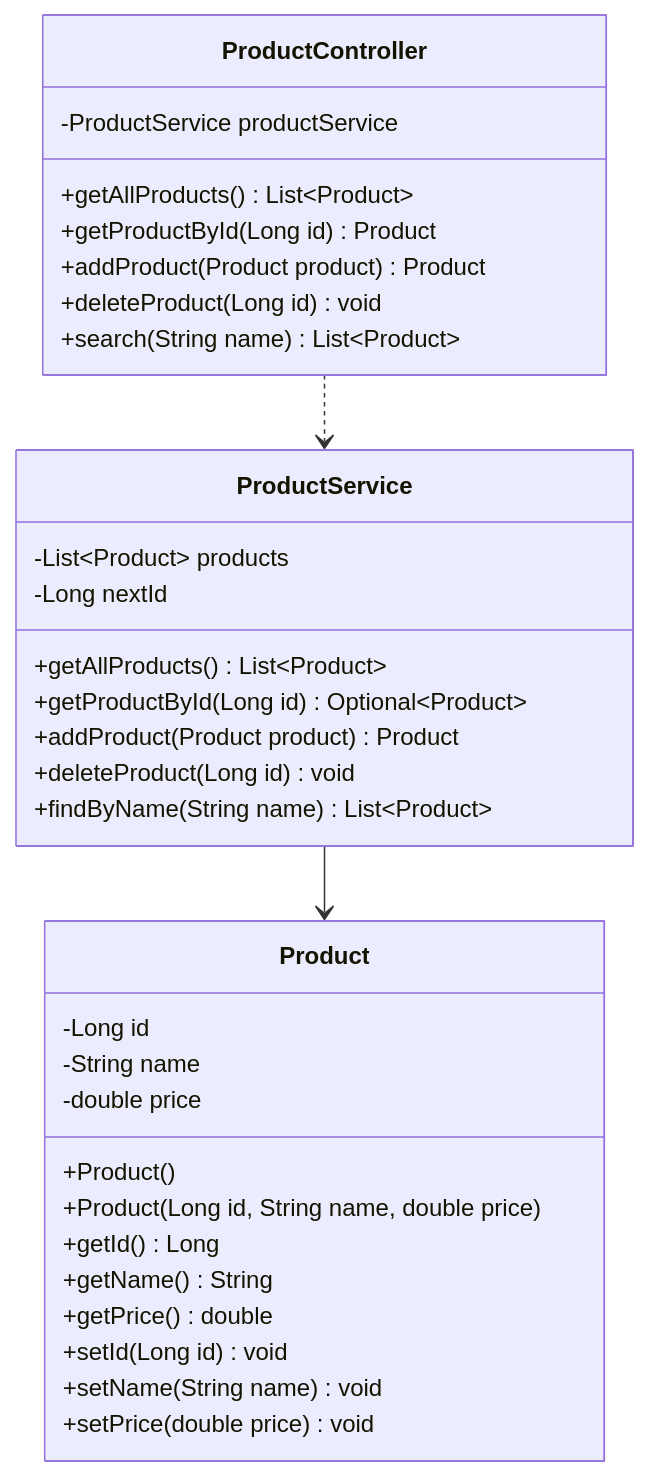
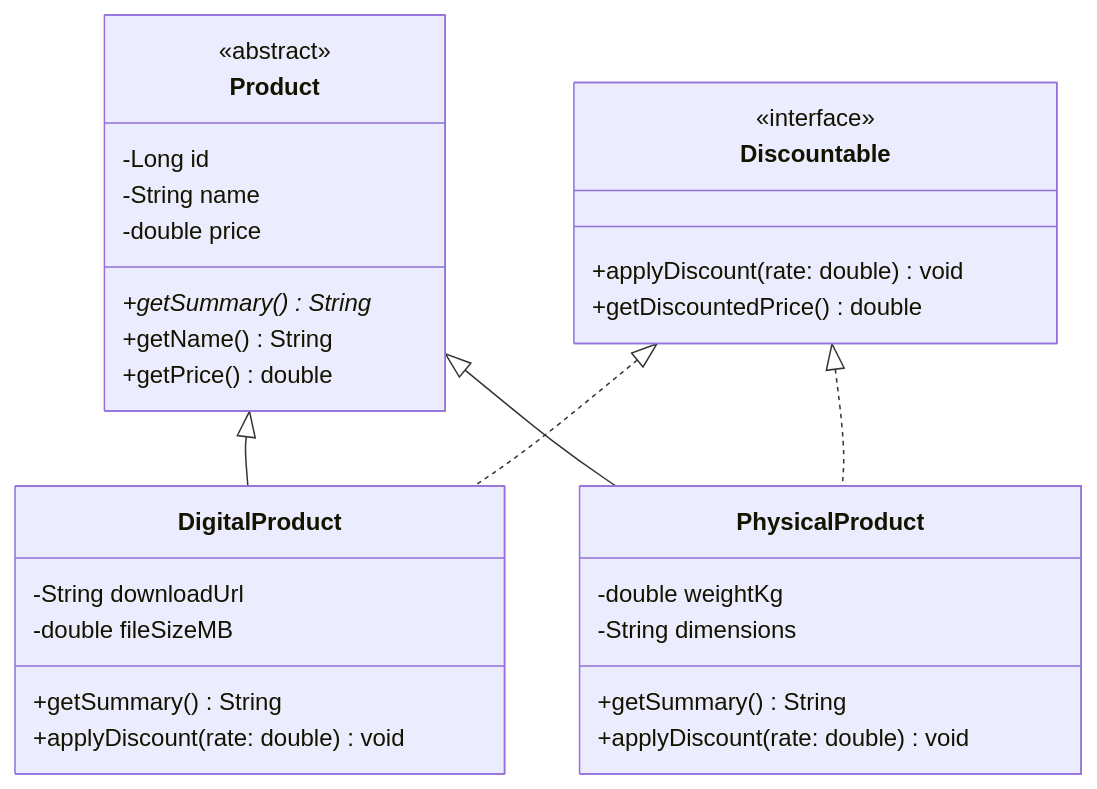
The diagram in docs/uml/Product.md (sudaraka2004/products-api), drawn with Mermaid before and after one commit. The commit also changed 9 other files, not shown here.

Commit message:
Tutorial 5: polymorphism, getSummary override and Discountable interface

````diff
--- a/docs/uml/Product.md
+++ b/docs/uml/Product.md
@@ -3,35 +1,40 @@
 ```mermaid
 classDiagram
     class Product {
+        <<abstract>>
         -Long id
         -String name
         -double price
-        +Product()
-        +Product(Long id, String name, double price)
-        +getId() Long
+        +getSummary()* String
         +getName() String
         +getPrice() double
-        +setId(Long id) void
-        +setName(String name) void
-        +setPrice(double price) void
     }
-    class ProductService {
-        -List~Product~ products
-        -Long nextId
-        +getAllProducts() List~Product~
-        +getProductById(Long id) Optional~Product~
-        +addProduct(Product product) Product
-        +deleteProduct(Long id) void
-        +findByName(String name) List~Product~
+
+    class Discountable {
+        <<interface>>
+        +applyDiscount(rate: double) void
+        +getDiscountedPrice() double
     }
-    class ProductController {
-        -ProductService productService
-        +getAllProducts() List~Product~
-        +getProductById(Long id) Product
-        +addProduct(Product product) Product
-        +deleteProduct(Long id) void
-        +search(String name) List~Product~
+
+    class DigitalProduct {
+        -String downloadUrl
+        -double fileSizeMB
+        +getSummary() String
+        +applyDiscount(rate: double) void
     }
-    ProductController ..> ProductService
-    ProductService --> Product
+
+    class PhysicalProduct {
+        -double weightKg
+        -String dimensions
+        +getSummary() String
+        +applyDiscount(rate: double) void
+    }
+
+%% generalisation (extends): SOLID line
+    Product <|-- DigitalProduct
+    Product <|-- PhysicalProduct
+
+%% realisation (implements): DASHED line
+    Discountable <|.. DigitalProduct
+    Discountable <|.. PhysicalProduct
 ```
````
